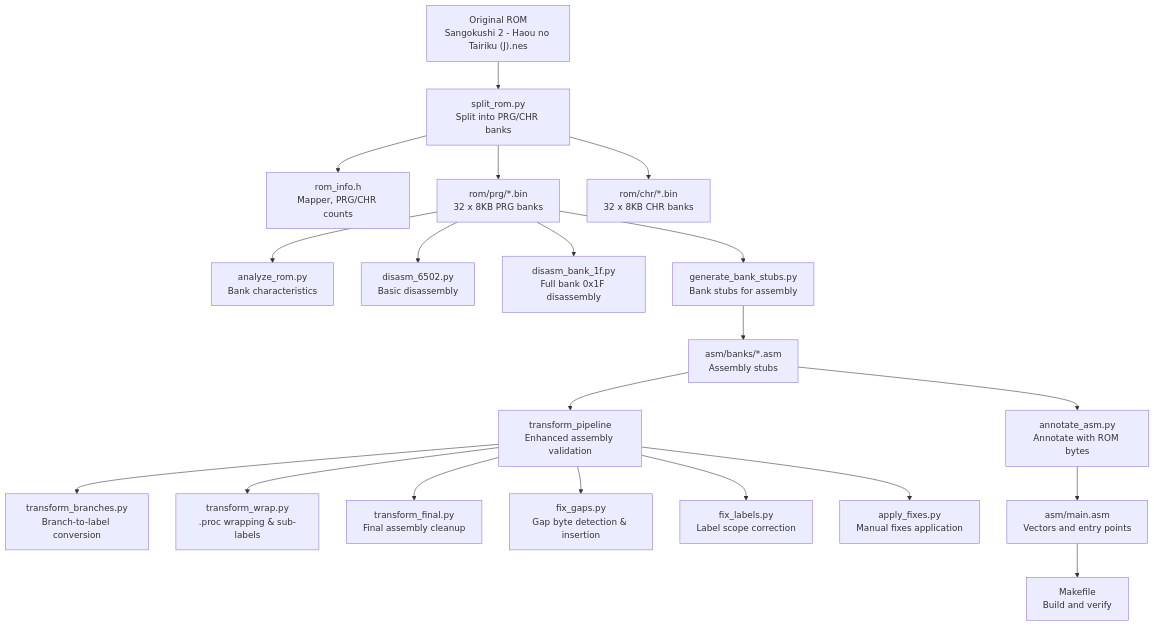
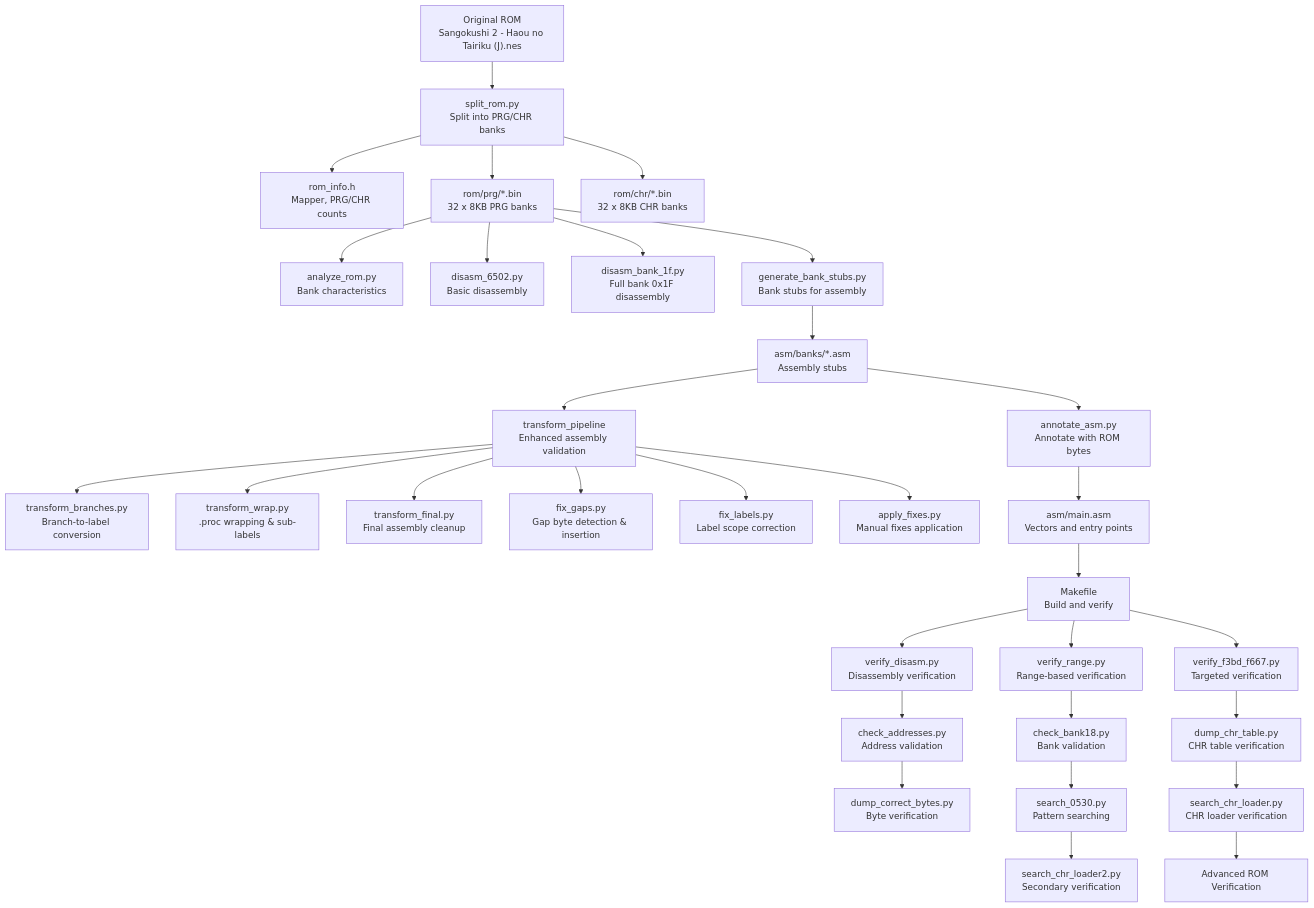
One commit to rabbyzero/sango2dasm changed the first of 10 diagrams in .qoder/repowiki/en/content/ROM Analysis and Understanding/ROM Analysis and Understanding.md. Above: the diagram before and after it, drawn with Mermaid. The commit also changed other lines of this file and 16 other files, not shown here.

````diff
--- a/.qoder/repowiki/en/content/ROM Analysis and Understanding/ROM Analysis and Understanding.md
+++ b/.qoder/repowiki/en/content/ROM Analysis and Understanding/ROM Analysis and Understanding.md
@@ -70,22 +80,33 @@
 ```mermaid
 graph TB
 A["Original ROM<br/>Sangokushi 2 - Haou no Tairiku (J).nes"] --> B["split_rom.py<br/>Split into PRG/CHR banks"]
 B --> C["rom_info.h<br/>Mapper, PRG/CHR counts"]
 B --> D["rom/prg/*.bin<br/>32 x 8KB PRG banks"]
 B --> E["rom/chr/*.bin<br/>32 x 8KB CHR banks"]
 D --> F["analyze_rom.py<br/>Bank characteristics"]
 D --> G["disasm_6502.py<br/>Basic disassembly"]
 D --> H["disasm_bank_1f.py<br/>Full bank 0x1F disassembly"]
 D --> I["generate_bank_stubs.py<br/>Bank stubs for assembly"]
 I --> J["asm/banks/*.asm<br/>Assembly stubs"]
 J --> K["transform_pipeline<br/>Enhanced assembly validation"]
 K --> L["transform_branches.py<br/>Branch-to-label conversion"]
 K --> M["transform_wrap.py<br/>.proc wrapping & sub-labels"]
 K --> N["transform_final.py<br/>Final assembly cleanup"]
 K --> O["fix_gaps.py<br/>Gap byte detection & insertion"]
 K --> P["fix_labels.py<br/>Label scope correction"]
 K --> Q["apply_fixes.py<br/>Manual fixes application"]
 J --> R["annotate_asm.py<br/>Annotate with ROM bytes"]
 R --> S["asm/main.asm<br/>Vectors and entry points"]
 S --> T["Makefile<br/>Build and verify"]
+T --> U["verify_disasm.py<br/>Disassembly verification"]
+T --> V["verify_range.py<br/>Range-based verification"]
+T --> W["verify_f3bd_f667.py<br/>Targeted verification"]
+U --> X["check_addresses.py<br/>Address validation"]
+V --> Y["check_bank18.py<br/>Bank validation"]
+W --> Z["dump_chr_table.py<br/>CHR table verification"]
+X --> AA["dump_correct_bytes.py<br/>Byte verification"]
+Y --> AB["search_0530.py<br/>Pattern searching"]
+Z --> AC["search_chr_loader.py<br/>CHR loader verification"]
+AB --> AD["search_chr_loader2.py<br/>Secondary verification"]
+AC --> AE["Advanced ROM Verification"]
 ```
````
